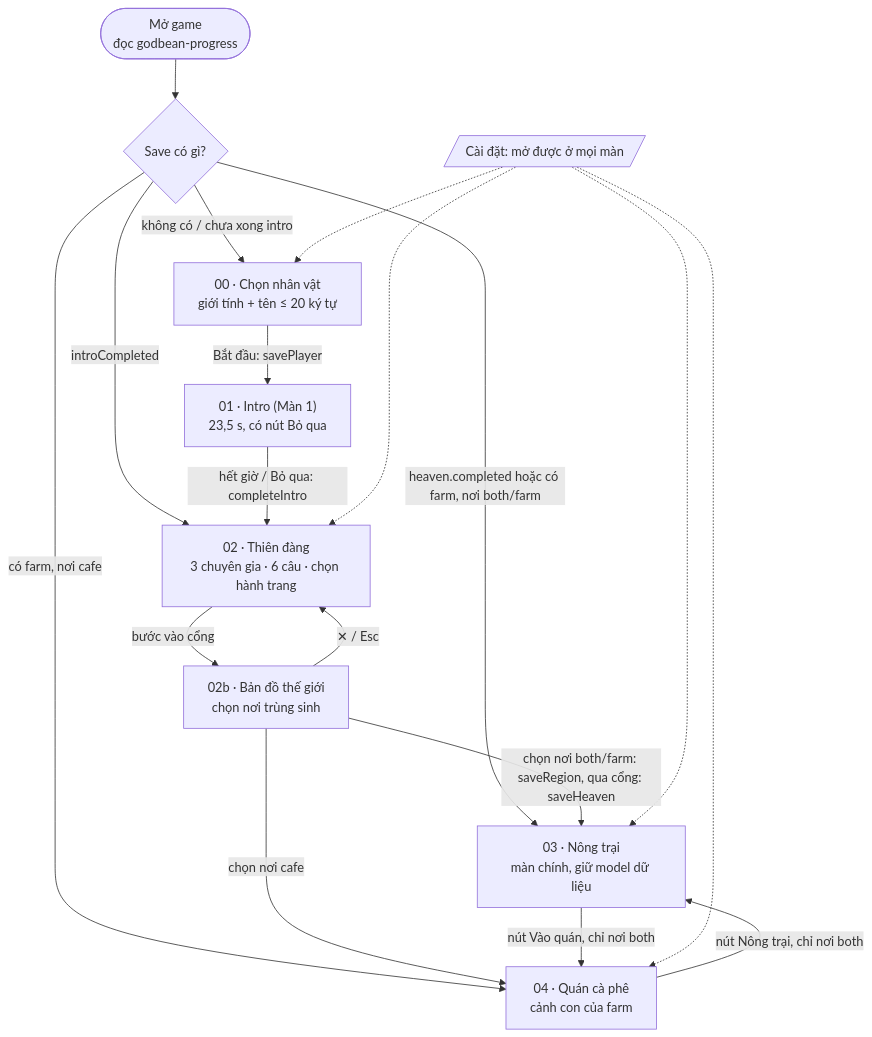
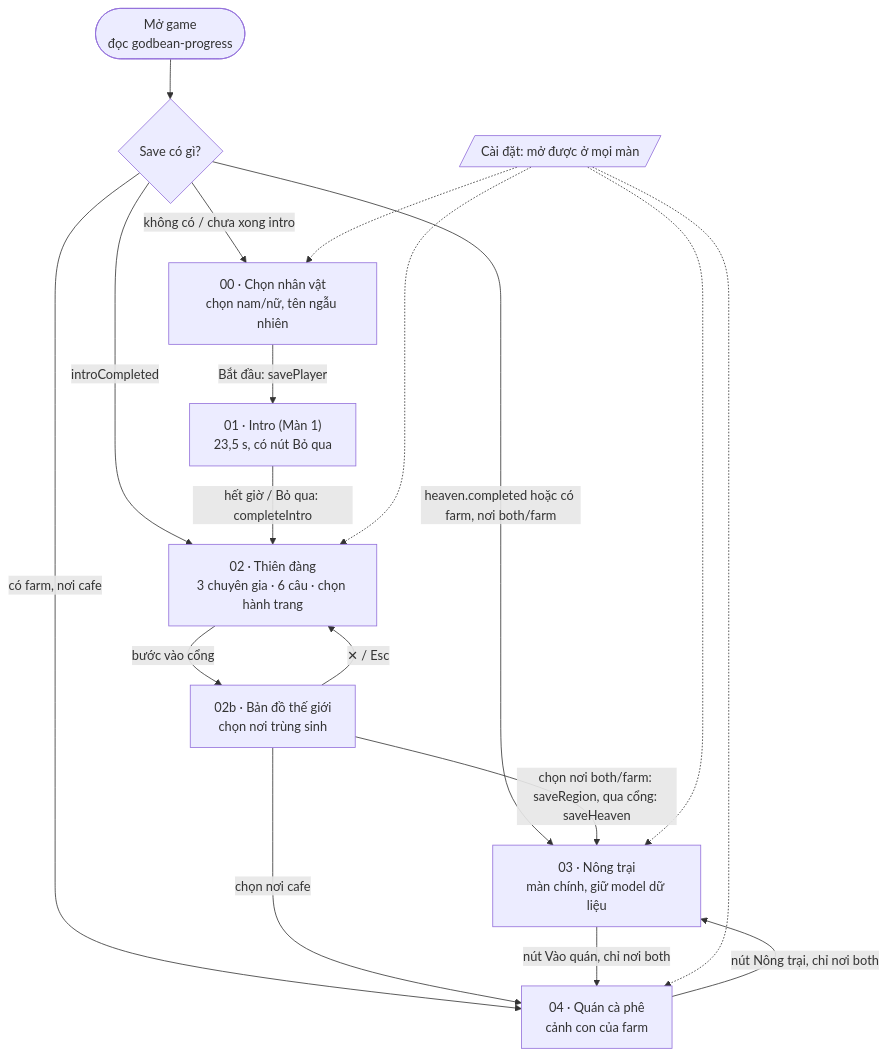
The diagram in docs/game-flow.md (tahulk79/COG-CoffeeGame), drawn with Mermaid before and after one commit. The commit also changed 11 other files, not shown here.

````diff
--- a/docs/game-flow.md
+++ b/docs/game-flow.md
@@ -7,22 +7,22 @@
 ```mermaid
 flowchart TD
     BOOT([Mở game<br/>đọc godbean-progress]) --> CHK{Save có gì?}
     CHK -->|không có / chưa xong intro| SEL
     CHK -->|introCompleted| HEAVEN
     CHK -->|heaven.completed hoặc có farm, nơi both/farm| FARM
     CHK -->|có farm, nơi cafe| CAFE
 
-    SEL["00 · Chọn nhân vật<br/>giới tính + tên ≤ 20 ký tự"] -->|Bắt đầu: savePlayer| INTRO
+    SEL["00 · Chọn nhân vật<br/>chọn nam/nữ, tên ngẫu nhiên"] -->|Bắt đầu: savePlayer| INTRO
     INTRO["01 · Intro (Màn 1)<br/>23,5 s, có nút Bỏ qua"] -->|hết giờ / Bỏ qua: completeIntro| HEAVEN
     HEAVEN["02 · Thiên đàng<br/>3 chuyên gia · 6 câu · chọn hành trang"] -->|bước vào cổng| MAP
     MAP["02b · Bản đồ thế giới<br/>chọn nơi trùng sinh"] -->|✕ / Esc| HEAVEN
     MAP -->|chọn nơi both/farm: saveRegion, qua cổng: saveHeaven| FARM
     MAP -->|chọn nơi cafe| CAFE
     FARM["03 · Nông trại<br/>màn chính, giữ model dữ liệu"] -->|nút Vào quán, chỉ nơi both| CAFE
     CAFE["04 · Quán cà phê<br/>cảnh con của farm"] -->|nút Nông trại, chỉ nơi both| FARM
 
     SET[/Cài đặt: mở được ở mọi màn/] -.-> SEL
     SET -.-> HEAVEN
     SET -.-> FARM
     SET -.-> CAFE
 ```
````
